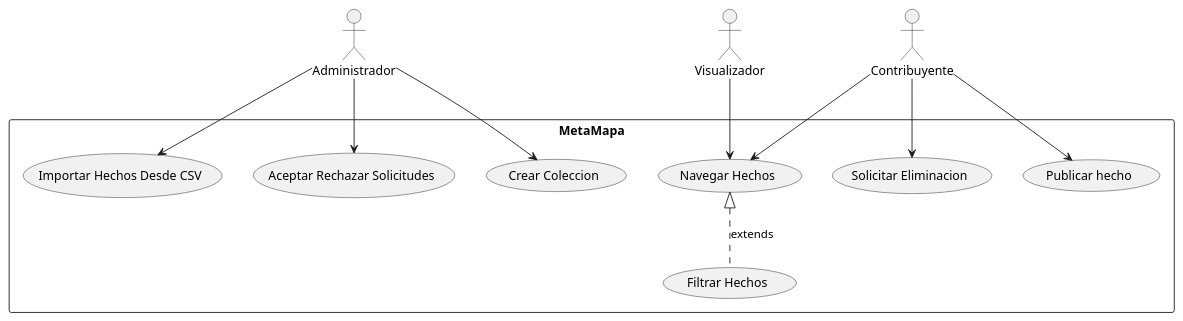
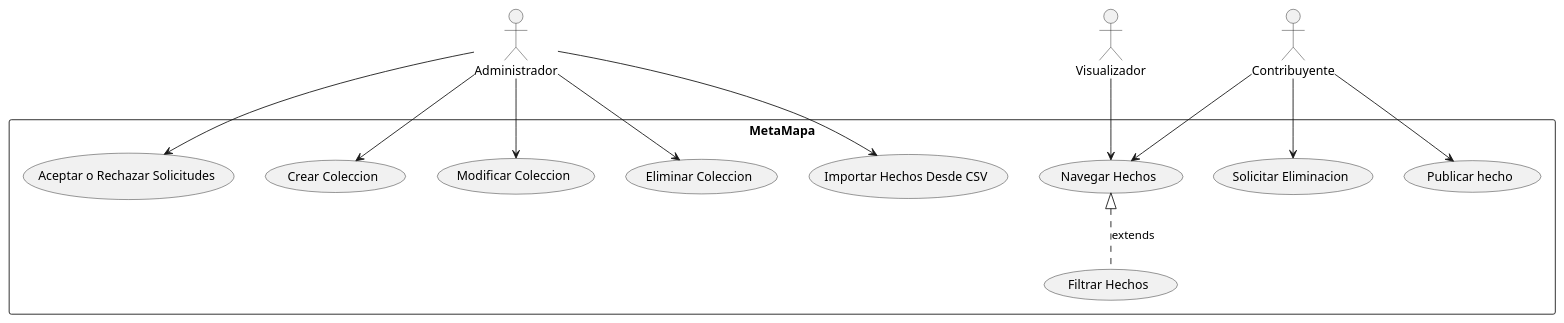
One commit to faustorod1/MetaMapa changed the diagram in CasosDeUso.puml. Above: the diagram before and after it, drawn with PlantUML. The commit also changed 34 other files, not shown here.

```diff
--- a/CasosDeUso.puml
+++ b/CasosDeUso.puml
@@ -1,29 +1,36 @@
 @startuml
 
 :Visualizador: as Visualizador
 :Administrador: as Administrador
 :Contribuyente: as Contribuyente
 
 
 rectangle MetaMapa{
     (Crear Coleccion)
+    (Modificar Coleccion)
+    (Eliminar Coleccion)
     (Importar Hechos Desde CSV)
     (Navegar Hechos)
     (Filtrar Hechos)
     (Solicitar Eliminacion)
-    (Aceptar Rechazar Solicitudes)
+    (Aceptar o Rechazar Solicitudes)
     (Publicar hecho)
 
 }
 
 Administrador --> (Crear Coleccion)
+Administrador --> (Modificar Coleccion)
+Administrador --> (Eliminar Coleccion)
 Administrador --> (Importar Hechos Desde CSV)
-Administrador --> (Aceptar Rechazar Solicitudes)
+Administrador --> (Aceptar o Rechazar Solicitudes)
+
 
 Visualizador --> (Navegar Hechos)
+
 (Filtrar Hechos) .u.|> (Navegar Hechos) : extends
+
 Contribuyente --> (Navegar Hechos)
 Contribuyente --> (Solicitar Eliminacion)
 Contribuyente --> (Publicar hecho)
 
 @enduml
```
